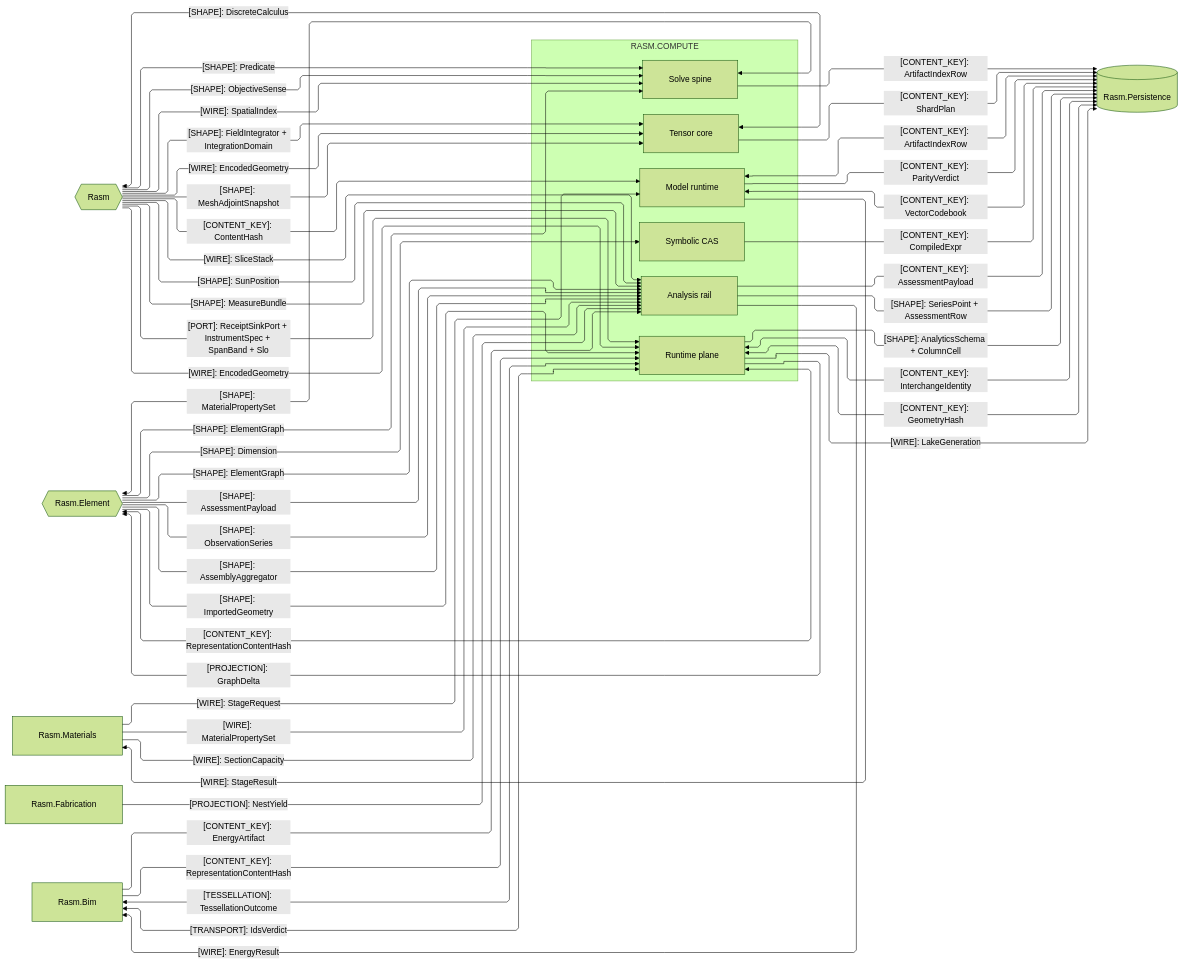
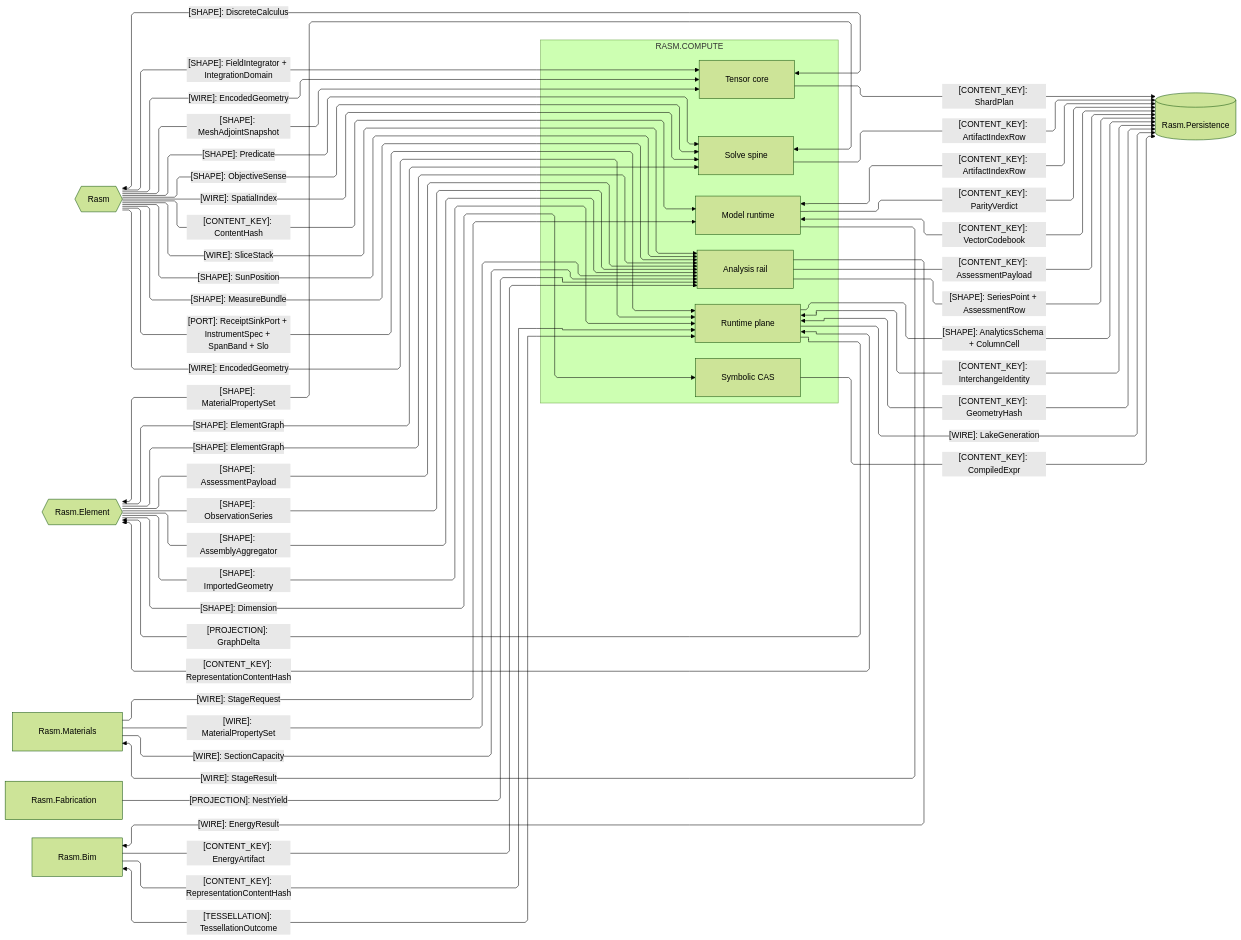
The second of 4 diagrams in libs/csharp/Rasm.Compute/ARCHITECTURE.md (bsamiee/Rasm), drawn with Mermaid (forest theme) before and after one commit. The commit also changed other lines of this file and 820 other files, not shown here.

````diff
--- a/libs/csharp/Rasm.Compute/ARCHITECTURE.md
+++ b/libs/csharp/Rasm.Compute/ARCHITECTURE.md
@@ -150,71 +150,70 @@
 ```mermaid
 ---
 config:
   layout: elk
   flowchart:
     curve: linear
     padding: 25
 ---
 flowchart LR
     accTitle: Compute AEC-domain and storage seams
     accDescr: Which kinded contract shapes cross between Compute's owners, the kernel, the AEC peers, and the persistence store.
     subgraph compute[RASM.COMPUTE]
         Model[Model runtime]
         Tensor[Tensor core]
         Solver[Solve spine]
         Symbolic[Symbolic CAS]
         Analysis[Analysis rail]
         Runtime[Runtime plane]
     end
     Rasm{{Rasm}}
     Persistence[(Rasm.Persistence)]
     Element{{Rasm.Element}}
     Materials[Rasm.Materials]
     Fabrication[Rasm.Fabrication]
     Bim[Rasm.Bim]
     Rasm e1@-->|"[CONTENT_KEY]: ContentHash"| Model
     Rasm e2@-->|"[PORT]: ReceiptSinkPort + InstrumentSpec + SpanBand + Slo"| Runtime
     Rasm e3@-->|"[SHAPE]: Predicate"| Solver
     Rasm e4@-->|"[SHAPE]: ObjectiveSense"| Solver
     Tensor e5@<-->|"[SHAPE]: DiscreteCalculus"| Rasm
     Rasm e6@-->|"[WIRE]: SliceStack"| Analysis
     Rasm e7@-->|"[SHAPE]: MeshAdjointSnapshot"| Tensor
     Rasm e8@-->|"[WIRE]: SpatialIndex"| Solver
     Rasm e9@-->|"[WIRE]: EncodedGeometry"| Tensor
     Rasm e10@-->|"[SHAPE]: FieldIntegrator + IntegrationDomain"| Tensor
     Rasm e11@-->|"[SHAPE]: SunPosition"| Analysis
     Rasm e12@-->|"[SHAPE]: MeasureBundle"| Analysis
     Model e13@<-->|"[CONTENT_KEY]: ArtifactIndexRow"| Persistence
     Model e14@-->|"[CONTENT_KEY]: ParityVerdict"| Persistence
     Model e15@<-->|"[CONTENT_KEY]: VectorCodebook"| Persistence
     Tensor e16@-->|"[CONTENT_KEY]: ShardPlan"| Persistence
     Solver e17@-->|"[CONTENT_KEY]: ArtifactIndexRow"| Persistence
     Symbolic e18@-->|"[CONTENT_KEY]: CompiledExpr"| Persistence
     Analysis e19@-->|"[CONTENT_KEY]: AssessmentPayload"| Persistence
     Analysis e20@-->|"[SHAPE]: SeriesPoint + AssessmentRow"| Persistence
     Runtime e21@<-->|"[CONTENT_KEY]: InterchangeIdentity"| Persistence
     Runtime e22@<-->|"[CONTENT_KEY]: GeometryHash"| Persistence
     Runtime e23@-->|"[WIRE]: LakeGeneration"| Persistence
     Runtime e24@-->|"[SHAPE]: AnalyticsSchema + ColumnCell"| Persistence
     Rasm e25@-->|"[WIRE]: EncodedGeometry"| Runtime
     Solver e26@<-->|"[SHAPE]: MaterialPropertySet"| Element
     Element e27@-->|"[SHAPE]: Dimension"| Symbolic
     Element e28@-->|"[SHAPE]: ElementGraph"| Analysis
     Element e29@-->|"[SHAPE]: ElementGraph"| Solver
     Element e30@-->|"[SHAPE]: AssessmentPayload"| Analysis
     Element e31@-->|"[SHAPE]: ObservationSeries"| Analysis
     Runtime e32@-->|"[PROJECTION]: GraphDelta"| Element
     Runtime e33@<-->|"[CONTENT_KEY]: RepresentationContentHash"| Element
     Element e34@-->|"[SHAPE]: ImportedGeometry"| Runtime
     Element e35@-->|"[SHAPE]: AssemblyAggregator"| Analysis
     Materials e36@-->|"[WIRE]: MaterialPropertySet"| Analysis
     Materials e37@-->|"[WIRE]: SectionCapacity"| Analysis
     Materials e38@-->|"[WIRE]: StageRequest"| Model
     Model e39@-->|"[WIRE]: StageResult"| Materials
     Fabrication e40@-->|"[PROJECTION]: NestYield"| Analysis
     Bim e41@<-->|"[TESSELLATION]: TessellationOutcome"| Runtime
-    Bim e42@<-->|"[TRANSPORT]: IdsVerdict"| Runtime
     Bim e43@-->|"[CONTENT_KEY]: RepresentationContentHash"| Runtime
     Bim e44@-->|"[CONTENT_KEY]: EnergyArtifact"| Analysis
     Analysis e45@-->|"[WIRE]: EnergyResult"| Bim
 ```
````
